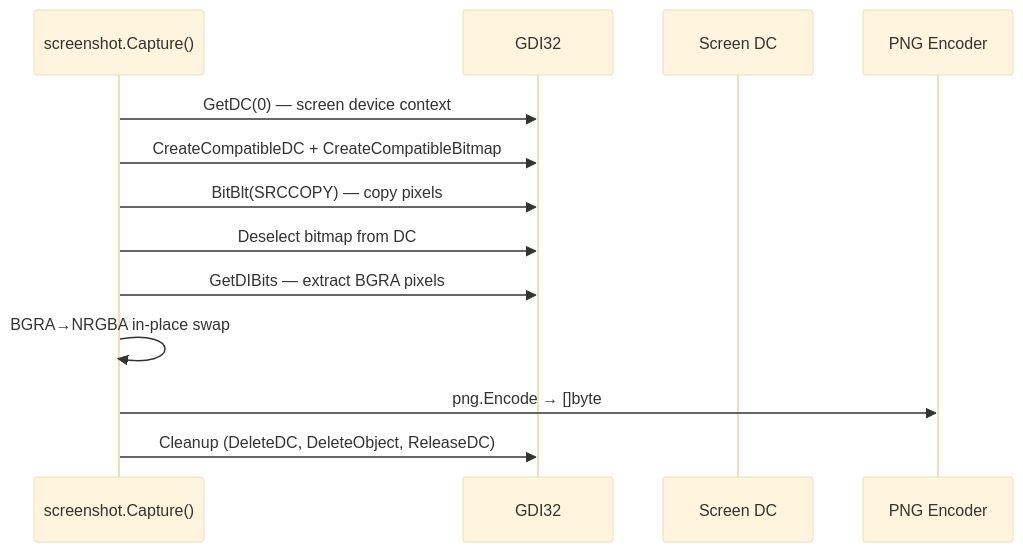
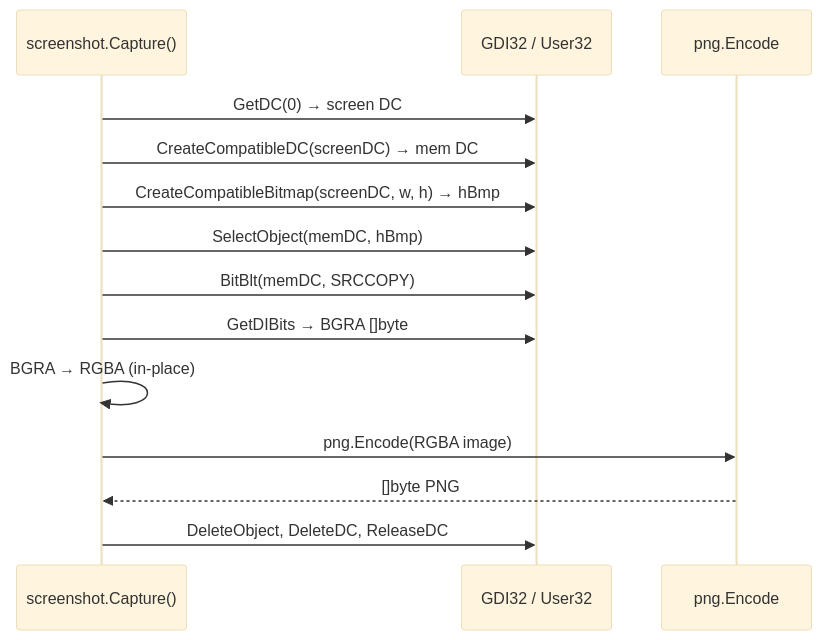
The diagram in docs/techniques/collection/screenshot.md (oioio-space/maldev), drawn with Mermaid (base theme) before and after one commit. The commit also changed other lines of this file and 4 other files, not shown here.

````diff
--- a/docs/techniques/collection/screenshot.md
+++ b/docs/techniques/collection/screenshot.md
@@ -20,16 +41,17 @@
 ```mermaid
 sequenceDiagram
     participant Code as screenshot.Capture()
-    participant GDI as GDI32
-    participant Screen as Screen DC
-    participant PNG as PNG Encoder
+    participant GDI as GDI32 / User32
+    participant Enc as png.Encode
 
-    Code->>GDI: GetDC(0) — screen device context
-    Code->>GDI: CreateCompatibleDC + CreateCompatibleBitmap
-    Code->>GDI: BitBlt(SRCCOPY) — copy pixels
-    Code->>GDI: Deselect bitmap from DC
-    Code->>GDI: GetDIBits — extract BGRA pixels
-    Code->>Code: BGRA→NRGBA in-place swap
-    Code->>PNG: png.Encode → []byte
-    Code->>GDI: Cleanup (DeleteDC, DeleteObject, ReleaseDC)
+    Code->>GDI: GetDC(0) → screen DC
+    Code->>GDI: CreateCompatibleDC(screenDC) → mem DC
+    Code->>GDI: CreateCompatibleBitmap(screenDC, w, h) → hBmp
+    Code->>GDI: SelectObject(memDC, hBmp)
+    Code->>GDI: BitBlt(memDC, SRCCOPY)
+    Code->>GDI: GetDIBits → BGRA []byte
+    Code->>Code: BGRA → RGBA (in-place)
+    Code->>Enc: png.Encode(RGBA image)
+    Enc-->>Code: []byte PNG
+    Code->>GDI: DeleteObject, DeleteDC, ReleaseDC
 ```
````
